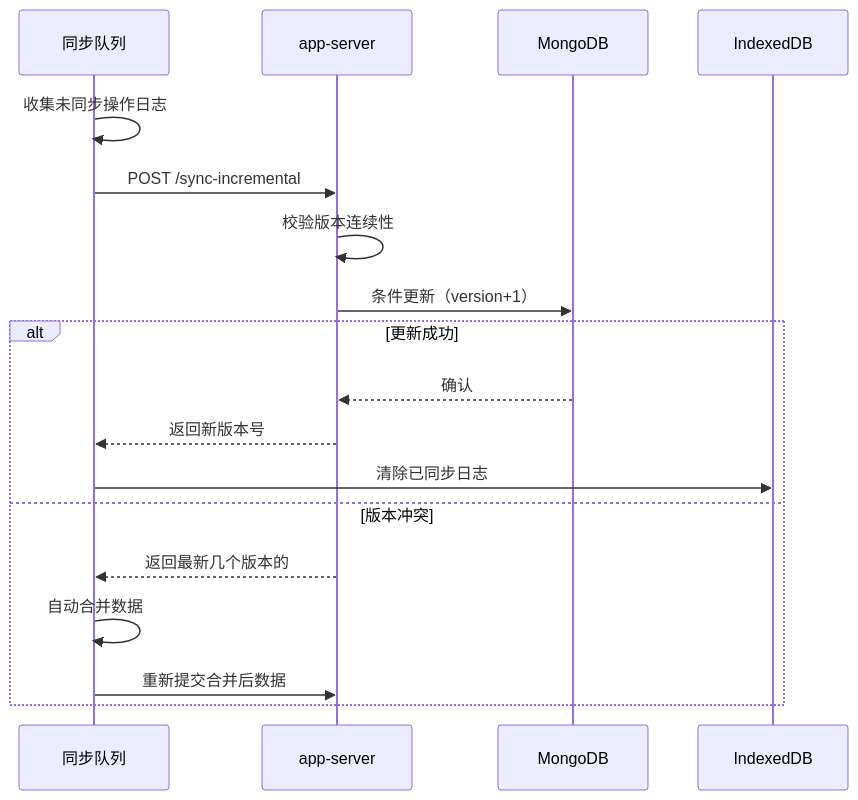
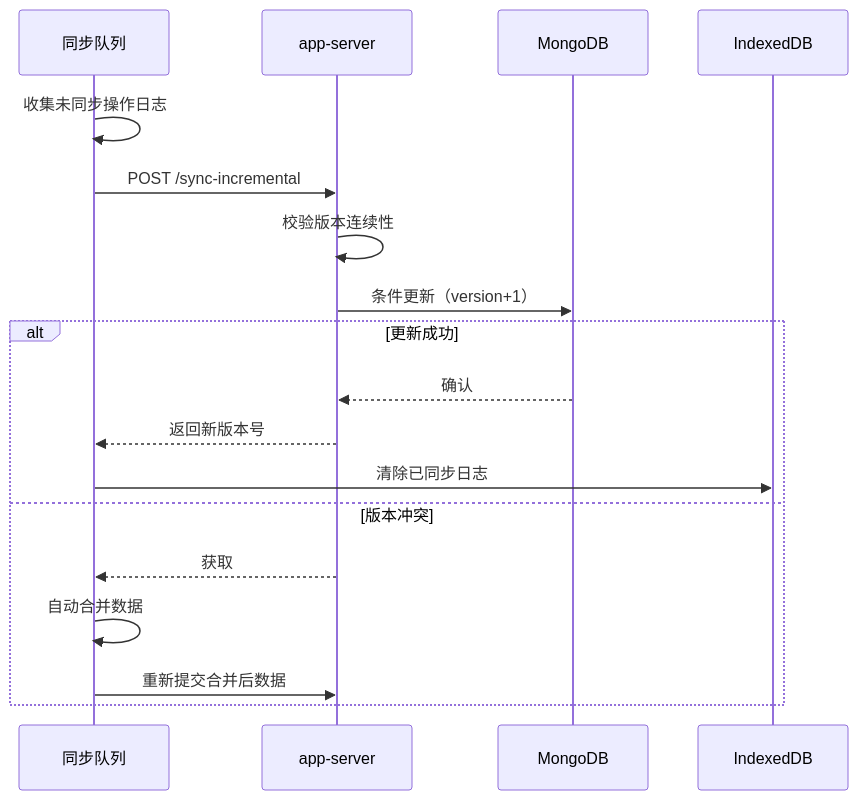
The diagram in all/未命名-24.md (yingjianzh/iodraw-files), drawn with Mermaid before and after one commit.

Commit message:
2025-02-24 10:49:34 update

````diff
--- a/all/未命名-24.md
+++ b/all/未命名-24.md
@@ -1,23 +1,23 @@
 ```mermaid
 
 sequenceDiagram
     participant 同步队列
     participant app-server
     participant MongoDB
 
 
     同步队列->>同步队列: 收集未同步操作日志
     同步队列->>app-server: POST /sync-incremental
     app-server->>app-server: 校验版本连续性
     app-server->>MongoDB: 条件更新（version+1）
     alt 更新成功
         MongoDB-->>app-server: 确认
         app-server-->>同步队列: 返回新版本号
         同步队列->>IndexedDB: 清除已同步日志
     else 版本冲突
-        app-server-->>同步队列: 返回最新几个版本的
+        app-server-->>同步队列: 获取
         同步队列->>同步队列: 自动合并数据
         同步队列->>app-server: 重新提交合并后数据
     end
 
 ```
````
